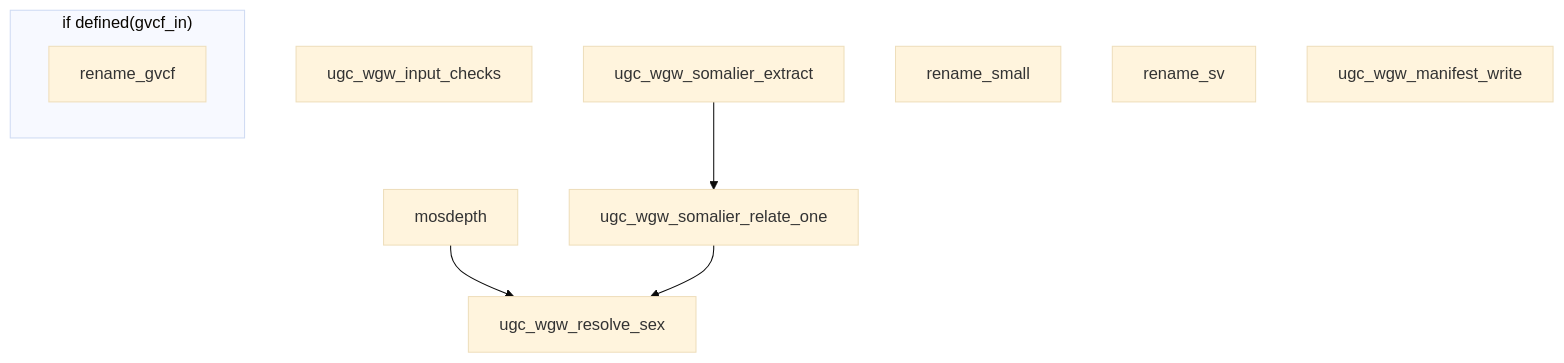
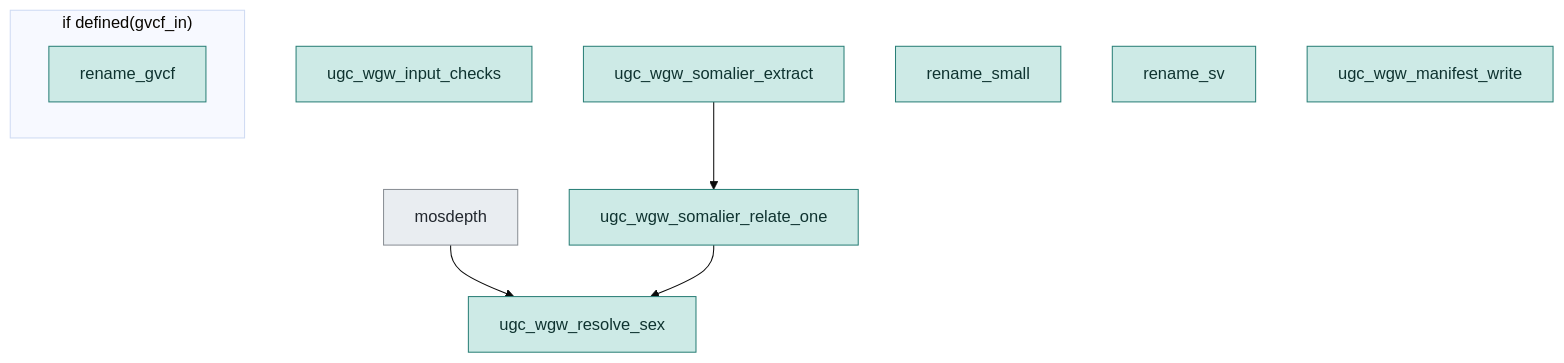
The fifth of 13 diagrams in docs/guide/workflow-graphs.md (UppsalaGenomeCenter/ugc-wgw), drawn with Mermaid (base theme) before and after one commit. The commit also changed other lines of this file and 52 other files, not shown here.

First line of the commit message:
ugc-wgw 0.20.0

````diff
--- a/docs/guide/workflow-graphs.md
+++ b/docs/guide/workflow-graphs.md
@@ -385,17 +394,19 @@
 ```mermaid
 flowchart TD
-  n1["ugc_wgw_input_checks"]
-  n2["mosdepth"]
-  n3["ugc_wgw_somalier_extract"]
-  n4["ugc_wgw_somalier_relate_one"]
-  n5["ugc_wgw_resolve_sex"]
-  n6["rename_small"]
-  n7["rename_sv"]
+  n1["ugc_wgw_input_checks"]:::o
+  n2["mosdepth"]:::u
+  n3["ugc_wgw_somalier_extract"]:::o
+  n4["ugc_wgw_somalier_relate_one"]:::o
+  n5["ugc_wgw_resolve_sex"]:::o
+  n6["rename_small"]:::o
+  n7["rename_sv"]:::o
   subgraph s1["if defined(gvcf_in)"]
-    n8["rename_gvcf"]
+    n8["rename_gvcf"]:::o
   end
-  n9["ugc_wgw_manifest_write"]
+  n9["ugc_wgw_manifest_write"]:::o
   n2 --> n5
   n3 --> n4
   n4 --> n5
+  classDef o fill:#cdeae6,stroke:#2a7f77,color:#0f3330
+  classDef u fill:#e9edf1,stroke:#8a8f95,color:#22272e
 ```
````
